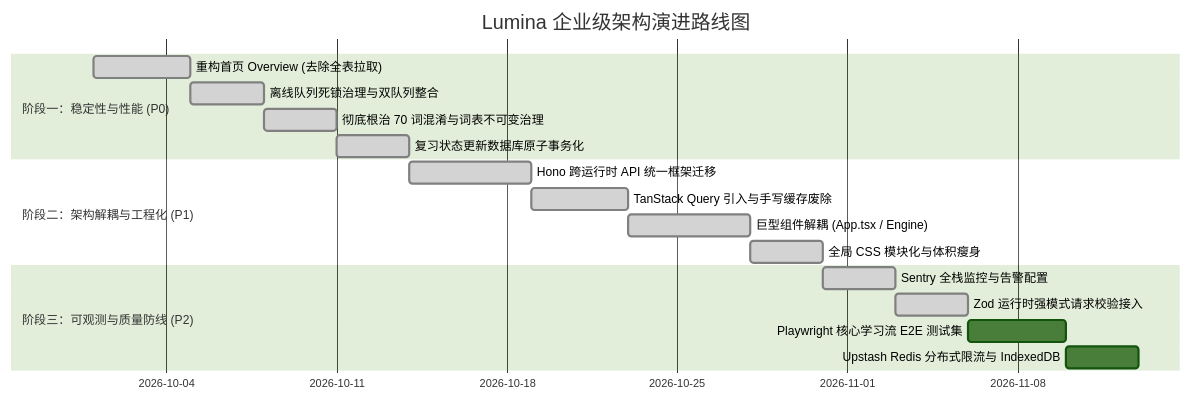
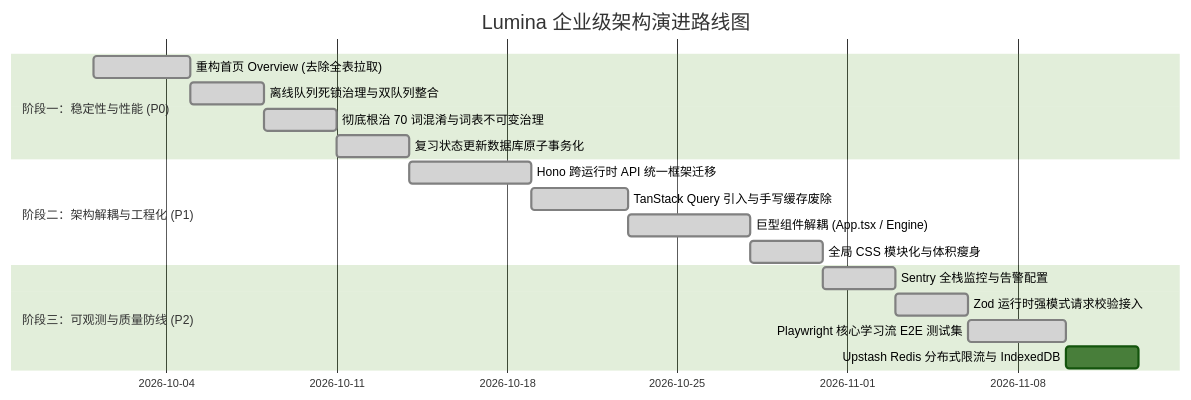
One commit to ZhangJunQiu-Alan/Lumina changed the diagram in docs/enterprise-refactoring-roadmap.md. Above: the diagram before and after it, drawn with Mermaid (forest theme). The commit also changed other lines of this file and 13 other files, not shown here.

````diff
--- a/docs/enterprise-refactoring-roadmap.md
+++ b/docs/enterprise-refactoring-roadmap.md
@@ -588,22 +598,22 @@
 ```mermaid
 gantt
     title Lumina 企业级架构演进路线图
     dateFormat  YYYY-MM-DD
     section 阶段一：稳定性与性能 (P0)
     重构首页 Overview (去除全表拉取)     :done, p1_1, 2026-10-01, 4d
     离线队列死锁治理与双队列整合        :done, p1_2, 2026-10-05, 3d
     彻底根治 70 词混淆与词表不可变治理  :done, p1_3, 2026-10-08, 3d
     复习状态更新数据库原子事务化        :done, p1_4, 2026-10-11, 3d
     
     section 阶段二：架构解耦与工程化 (P1)
     Hono 跨运行时 API 统一框架迁移      :done, p2_1, 2026-10-14, 5d
     TanStack Query 引入与手写缓存废除   :done, p2_2, 2026-10-19, 4d
     巨型组件解耦 (App.tsx / Engine)    :done, p2_3, 2026-10-23, 5d
     全局 CSS 模块化与体积瘦身          :done, p2_4, 2026-10-28, 3d
 
     section 阶段三：可观测与质量防线 (P2)
     Sentry 全栈监控与告警配置          :done, p3_1, 2026-10-31, 3d
     Zod 运行时强模式请求校验接入        :done, p3_2, 2026-11-03, 3d
-    Playwright 核心学习流 E2E 测试集    :p3_3, 2026-11-06, 4d
+    Playwright 核心学习流 E2E 测试集    :done, p3_3, 2026-11-06, 4d
     Upstash Redis 分布式限流与 IndexedDB:p3_4, 2026-11-10, 3d
 ```
````
